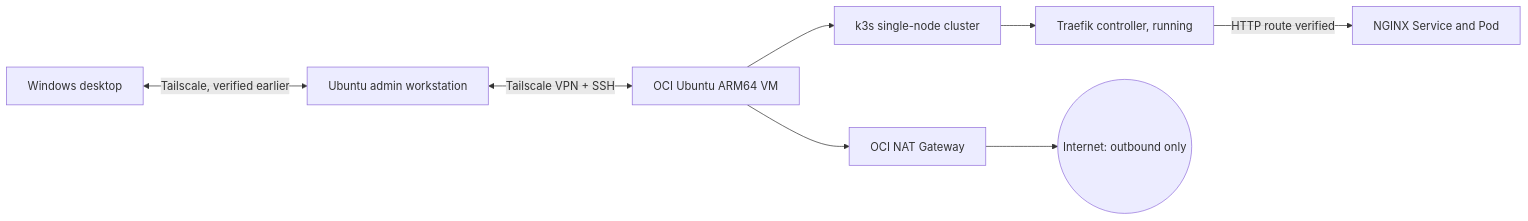
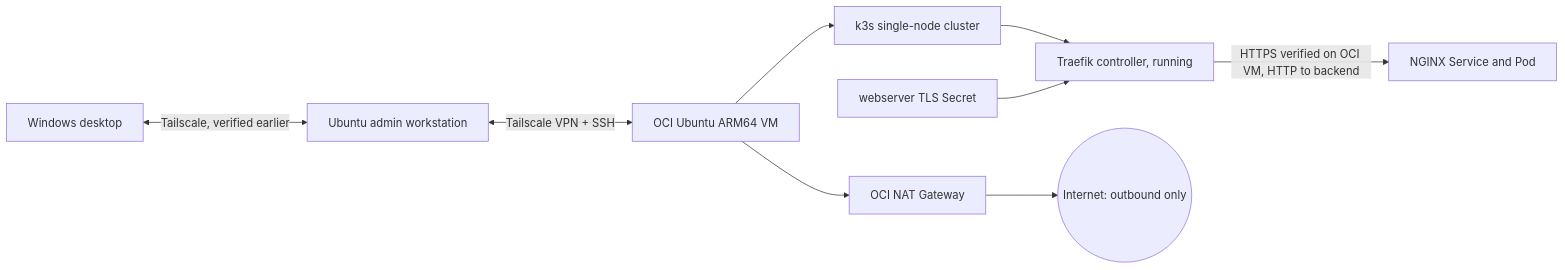
Before and after one commit to S0tallySabl3/kubernetes: the diagram in secure-kubernetes-homelab-oracle-cloud-updated(1)/secure-kubernetes-homelab/docs/architecture.md, drawn with Mermaid. The commit also changed other lines of this file and 7 other files, not shown here.

Commit message:
docs: verify Traefik HTTPS (6B) and TLS handshake (6C)

````diff
--- a/secure-kubernetes-homelab-oracle-cloud-updated(1)/secure-kubernetes-homelab/docs/architecture.md
+++ b/secure-kubernetes-homelab-oracle-cloud-updated(1)/secure-kubernetes-homelab/docs/architecture.md
@@ -5,10 +5,11 @@
 ```mermaid
 flowchart LR
   Admin[Ubuntu admin workstation] <-->|Tailscale VPN + SSH| Server[OCI Ubuntu ARM64 VM]
   Server --> K3s[k3s single-node cluster]
   K3s --> Ingress[Traefik controller, running]
-  Ingress -->|HTTP route verified| Web[NGINX Service and Pod]
+  Secret[webserver TLS Secret] --> Ingress
+  Ingress -->|HTTPS verified on OCI VM, HTTP to backend| Web[NGINX Service and Pod]
   Server --> NAT[OCI NAT Gateway]
   NAT --> Internet((Internet: outbound only))
   Desktop[Windows desktop] <-->|Tailscale, verified earlier| Admin
 ```
````
